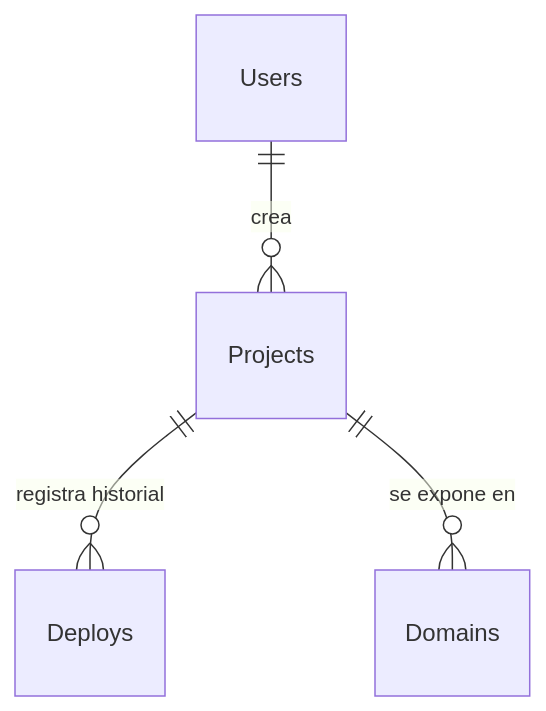
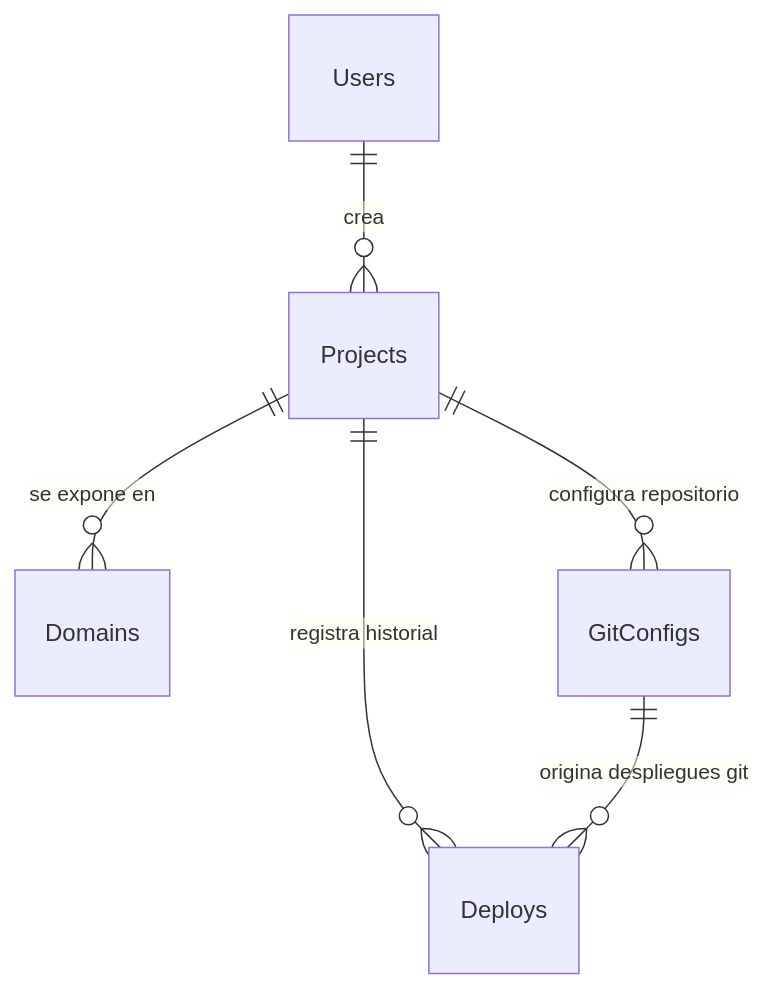
The diagram in README.md (kevinPoncema/SkyManifest), drawn with Mermaid before and after one commit. The commit also changed other lines of this file, not shown here.

````diff
--- a/README.md
+++ b/README.md
@@ -76,7 +84,9 @@
 ```mermaid
 erDiagram
     Users ||--o{ Projects : "crea"
     Projects ||--o{ Deploys : "registra historial"
     Projects ||--o{ Domains : "se expone en"
+    Projects ||--o{ GitConfigs : "configura repositorio"
+    GitConfigs ||--o{ Deploys : "origina despliegues git"
 
 ```
````
